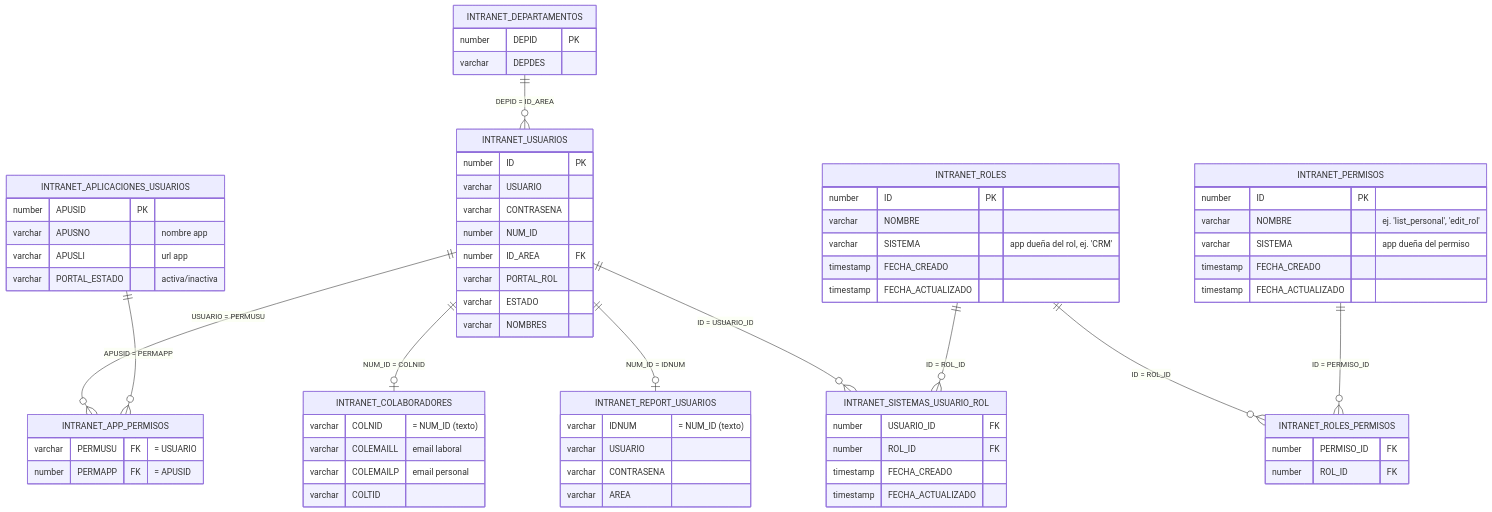
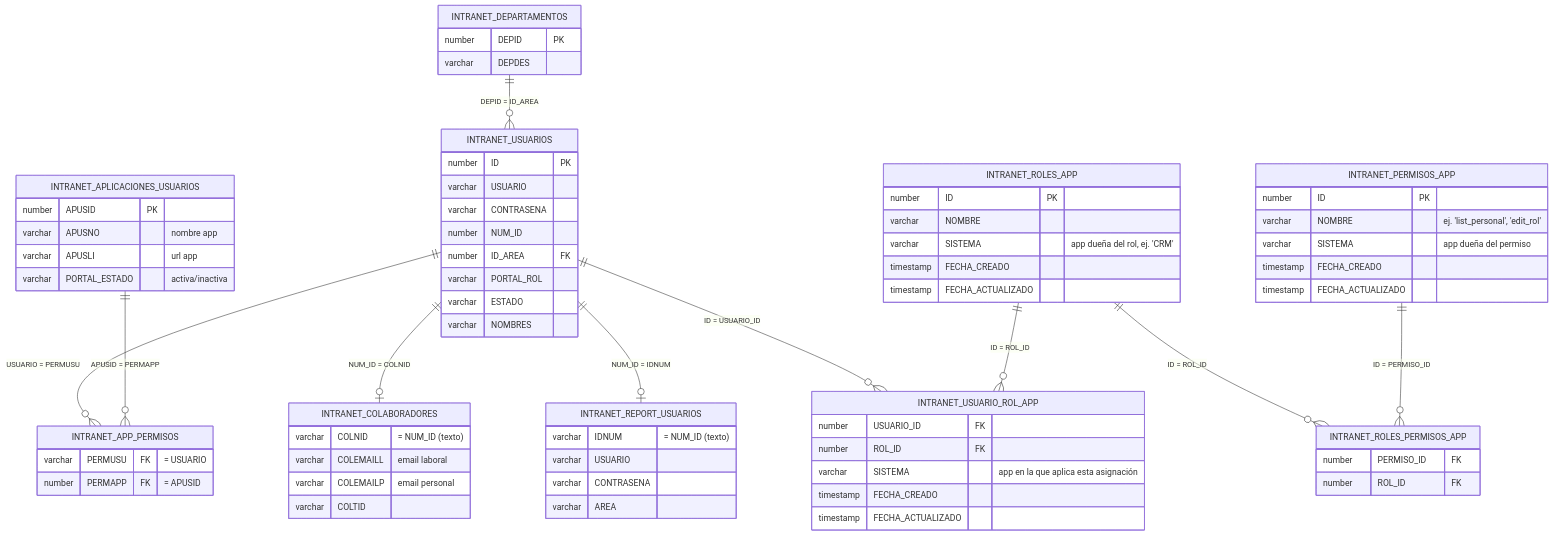
Before and after one commit to practicantesistemas-dev/CRM: the diagram in backend_crm_mercadeo/DIAGRAMA_BASE_DATOS.md, drawn with Mermaid. The commit also changed other lines of this file, not shown here.

Commit message:
corregí diagrama de base de datos

```diff
--- a/backend_crm_mercadeo/DIAGRAMA_BASE_DATOS.md
+++ b/backend_crm_mercadeo/DIAGRAMA_BASE_DATOS.md
@@ -14,10 +14,10 @@
     INTRANET_DEPARTAMENTOS ||--o{ INTRANET_USUARIOS : "DEPID = ID_AREA"
     INTRANET_USUARIOS ||--o| INTRANET_COLABORADORES : "NUM_ID = COLNID"
     INTRANET_USUARIOS ||--o| INTRANET_REPORT_USUARIOS : "NUM_ID = IDNUM"
-    INTRANET_USUARIOS ||--o{ INTRANET_SISTEMAS_USUARIO_ROL : "ID = USUARIO_ID"
-    INTRANET_ROLES ||--o{ INTRANET_SISTEMAS_USUARIO_ROL : "ID = ROL_ID"
-    INTRANET_ROLES ||--o{ INTRANET_ROLES_PERMISOS : "ID = ROL_ID"
-    INTRANET_PERMISOS ||--o{ INTRANET_ROLES_PERMISOS : "ID = PERMISO_ID"
+    INTRANET_USUARIOS ||--o{ INTRANET_USUARIO_ROL_APP : "ID = USUARIO_ID"
+    INTRANET_ROLES_APP ||--o{ INTRANET_USUARIO_ROL_APP : "ID = ROL_ID"
+    INTRANET_ROLES_APP ||--o{ INTRANET_ROLES_PERMISOS_APP : "ID = ROL_ID"
+    INTRANET_PERMISOS_APP ||--o{ INTRANET_ROLES_PERMISOS_APP : "ID = PERMISO_ID"
 
     INTRANET_USUARIOS {
         number ID PK
@@ -30,7 +30,7 @@
         varchar NOMBRES
     }
 
-    INTRANET_ROLES {
+    INTRANET_ROLES_APP {
         number ID PK
         varchar NOMBRE
         varchar SISTEMA "app dueña del rol, ej. 'CRM'"
@@ -38,7 +38,7 @@
         timestamp FECHA_ACTUALIZADO
     }
 
-    INTRANET_PERMISOS {
+    INTRANET_PERMISOS_APP {
         number ID PK
         varchar NOMBRE "ej. 'list_personal', 'edit_rol'"
         varchar SISTEMA "app dueña del permiso"
@@ -46,14 +46,15 @@
         timestamp FECHA_ACTUALIZADO
     }
 
-    INTRANET_ROLES_PERMISOS {
+    INTRANET_ROLES_PERMISOS_APP {
         number PERMISO_ID FK
         number ROL_ID FK
     }
 
-    INTRANET_SISTEMAS_USUARIO_ROL {
+    INTRANET_USUARIO_ROL_APP {
         number USUARIO_ID FK
         number ROL_ID FK
+        varchar SISTEMA "app en la que aplica esta asignación"
         timestamp FECHA_CREADO
         timestamp FECHA_ACTUALIZADO
     }
```
